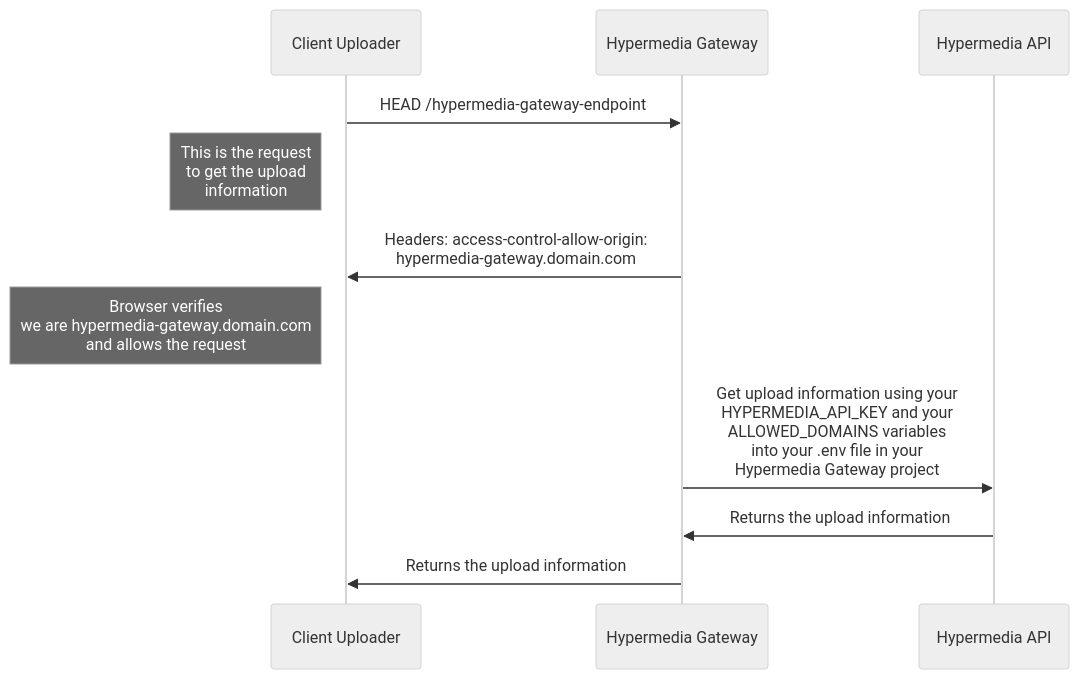
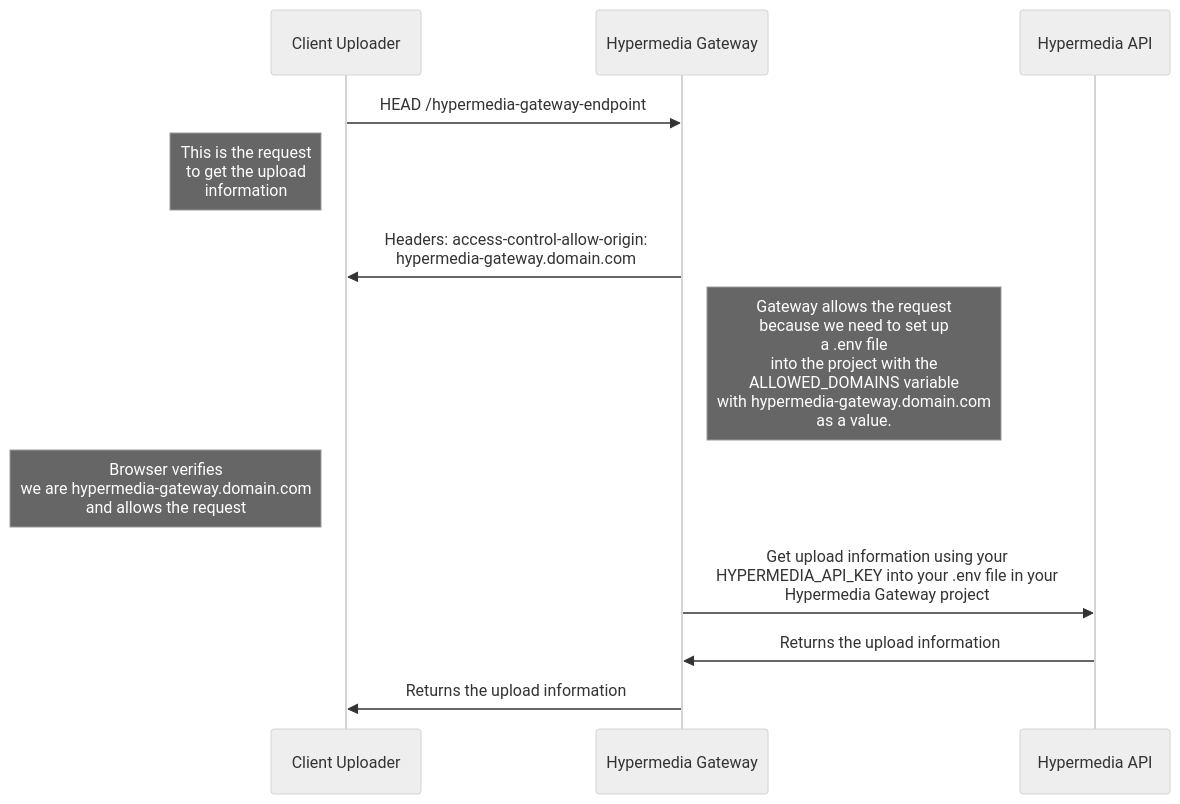
Before and after one commit to hypermedialabs/uploader: the diagram in README.md, drawn with Mermaid (neutral theme).

Commit message:
README updated

````diff
--- a/README.md
+++ b/README.md
@@ -53,10 +53,11 @@
 ```mermaid
 sequenceDiagram
 Client Uploader ->> Hypermedia Gateway: HEAD /hypermedia-gateway-endpoint
 Note left of Client Uploader: This is the request <br/> to get the upload <br/> information
 Hypermedia Gateway->>Client Uploader: Headers: access-control-allow-origin: <br/> hypermedia-gateway.domain.com
+Note right of Hypermedia Gateway: Gateway allows the request <br/> because we need to set up <br/> a .env file <br/> into the project with the <br/> ALLOWED_DOMAINS variable <br/> with hypermedia-gateway.domain.com <br/> as a value.
 Note left of Client Uploader: Browser verifies <br/> we are hypermedia-gateway.domain.com <br/> and allows the request
-Hypermedia Gateway ->> Hypermedia API: Get upload information using your <br/> HYPERMEDIA_API_KEY and your <br/> ALLOWED_DOMAINS variables <br/> into your .env file in your <br/> Hypermedia Gateway project
+Hypermedia Gateway ->> Hypermedia API: Get upload information using your <br/> HYPERMEDIA_API_KEY into your .env file in your <br/> Hypermedia Gateway project
 Hypermedia API ->> Hypermedia Gateway: Returns the upload information
 Hypermedia Gateway ->> Client Uploader: Returns the upload information
 ```
````
